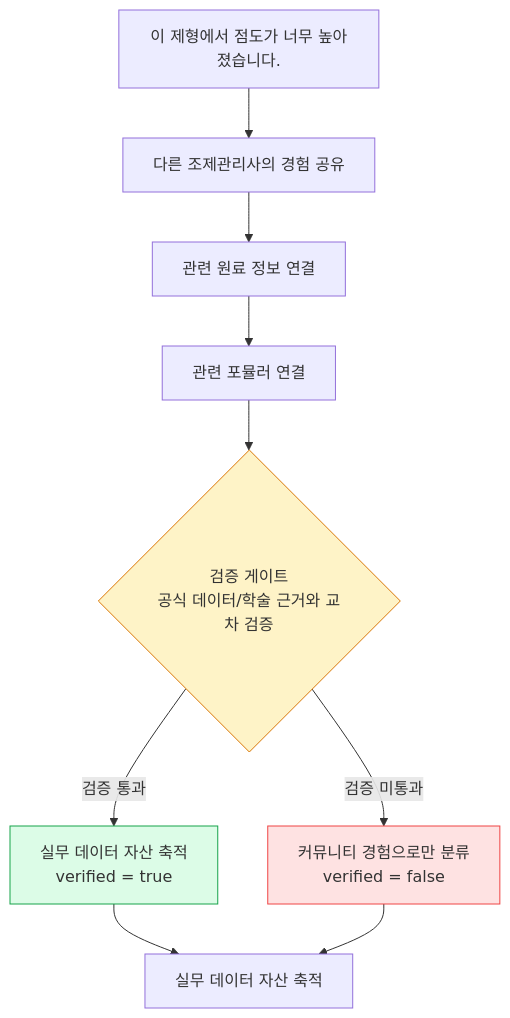
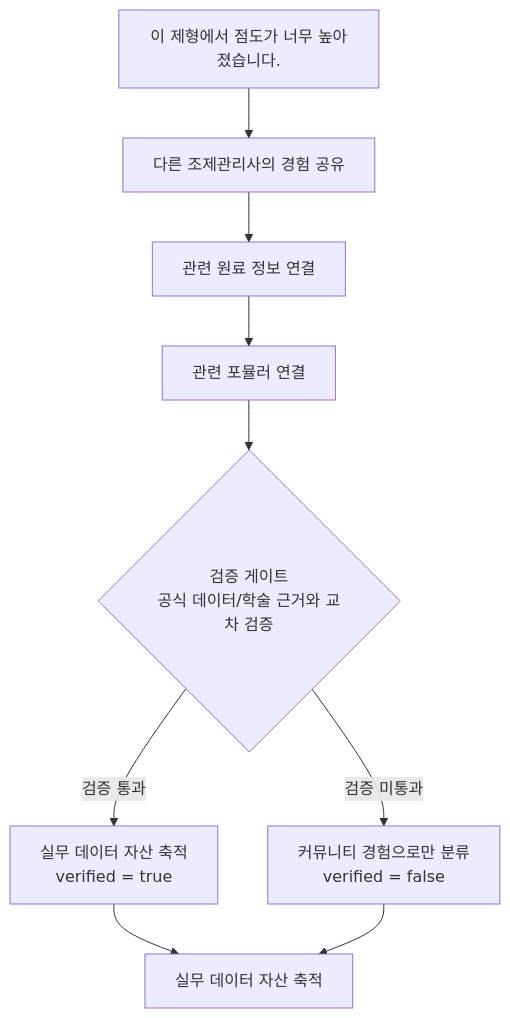
One commit to skygoldlee-cyber/Personalized_Skincare changed the seventh of 10 diagrams in docs/dev/PASS_TO_PRACTICE_STRATEGY.md. Above: the diagram before and after it, drawn with Mermaid. The commit also changed other lines of this file and 1 other file, not shown here.

First line of the commit message:
docs: Mermaid 다크모드 대비 문제 해결 — style 지시자 제거

````diff
--- a/docs/dev/PASS_TO_PRACTICE_STRATEGY.md
+++ b/docs/dev/PASS_TO_PRACTICE_STRATEGY.md
@@ -707,15 +696,12 @@
 ```mermaid
 flowchart TD
     A["이 제형에서 점도가 너무 높아졌습니다."] --> B["다른 조제관리사의 경험 공유"]
     B --> C["관련 원료 정보 연결"]
     C --> D["관련 포뮬러 연결"]
     D --> GATE{"검증 게이트<br/>공식 데이터/학술 근거와 교차 검증"}
     GATE -->|검증 통과| E["실무 데이터 자산 축적<br/>verified = true"]
     GATE -->|검증 미통과| F["커뮤니티 경험으로만 분류<br/>verified = false"]
     E --> ASSET["실무 데이터 자산 축적"]
     F --> ASSET
 
-    style GATE fill:#fef3c7,stroke:#d97706
-    style E fill:#dcfce7,stroke:#16a34a
-    style F fill:#fee2e2,stroke:#ef4444
 ```
````
